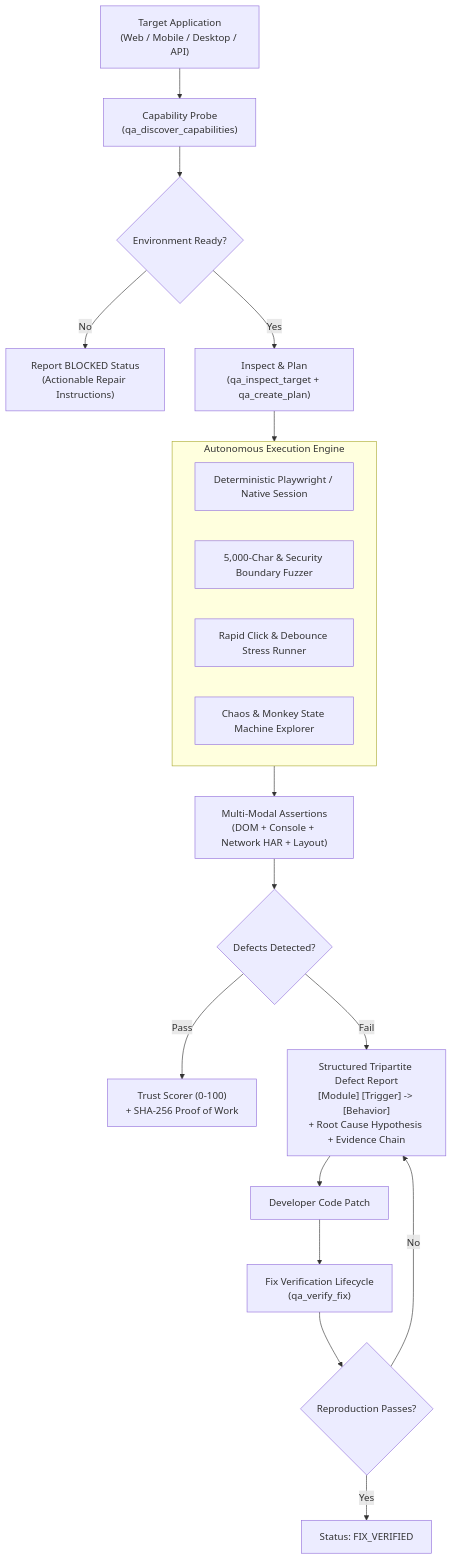
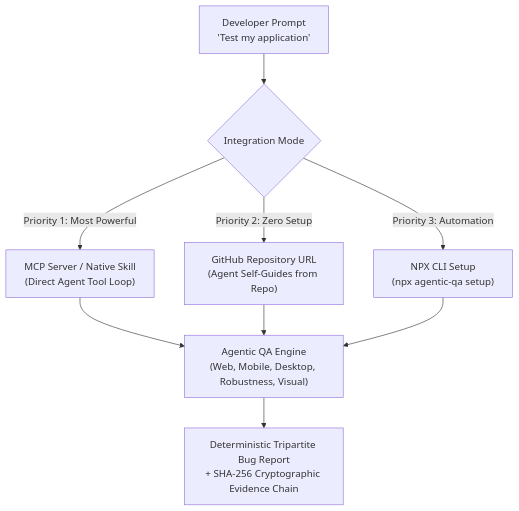
Before and after one commit to syed-dilawar-engineer/universal-agentic-qa: the diagram in README.md, drawn with Mermaid. The commit also changed other lines of this file and 1 other file, not shown here.

Commit message:
fix(ci): streamline CI pipeline, install playwright dependencies, and clean README

````diff
--- a/README.md
+++ b/README.md
@@ -33,25 +29,13 @@
 ```mermaid
-flowchart TD
-    A["Target Application\n(Web / Mobile / Desktop / API)"] --> B["Capability Probe\n(qa_discover_capabilities)"]
-    B --> C{"Environment Ready?"}
-    C -- No --> D["Report BLOCKED Status\n(Actionable Repair Instructions)"]
-    C -- Yes --> E["Inspect & Plan\n(qa_inspect_target + qa_create_plan)"]
-    E --> F["Autonomous Execution Engine"]
+graph TD
+    User["Developer Prompt\n'Test my application'"] --> Choice{"Integration Mode"}
+    Choice -->|Priority 1: Most Powerful| MCP["MCP Server / Native Skill\n(Direct Agent Tool Loop)"]
+    Choice -->|Priority 2: Zero Setup| URL["GitHub Repository URL\n(Agent Self-Guides from Repo)"]
+    Choice -->|Priority 3: Automation| NPX["NPX CLI Setup\n(npx agentic-qa setup)"]
     
-    subgraph F ["Autonomous Execution Engine"]
-        F1["Deterministic Playwright / Native Session"]
-        F2["5,000-Char & Security Boundary Fuzzer"]
-        F3["Rapid Click & Debounce Stress Runner"]
-        F4["Chaos & Monkey State Machine Explorer"]
-    end
+    MCP --> Engine["Agentic QA Engine\n(Web, Mobile, Desktop, Robustness, Visual)"]
+    URL --> Engine
+    NPX --> Engine
     
-    F --> G["Multi-Modal Assertions\n(DOM + Console + Network HAR + Layout)"]
-    G --> H{"Defects Detected?"}
-    H -- Pass --> I["Trust Scorer (0-100)\n+ SHA-256 Proof of Work"]
-    H -- Fail --> J["Structured Tripartite Defect Report\n[Module] [Trigger] -> [Behavior]\n+ Root Cause Hypothesis + Evidence Chain"]
-    J --> K["Developer Code Patch"]
-    K --> L["Fix Verification Lifecycle\n(qa_verify_fix)"]
-    L --> M{"Reproduction Passes?"}
-    M -- Yes --> N["Status: FIX_VERIFIED"]
-    M -- No --> J
+    Engine --> Report["Deterministic Tripartite Bug Report\n+ SHA-256 Cryptographic Evidence Chain"]
 ```
````
